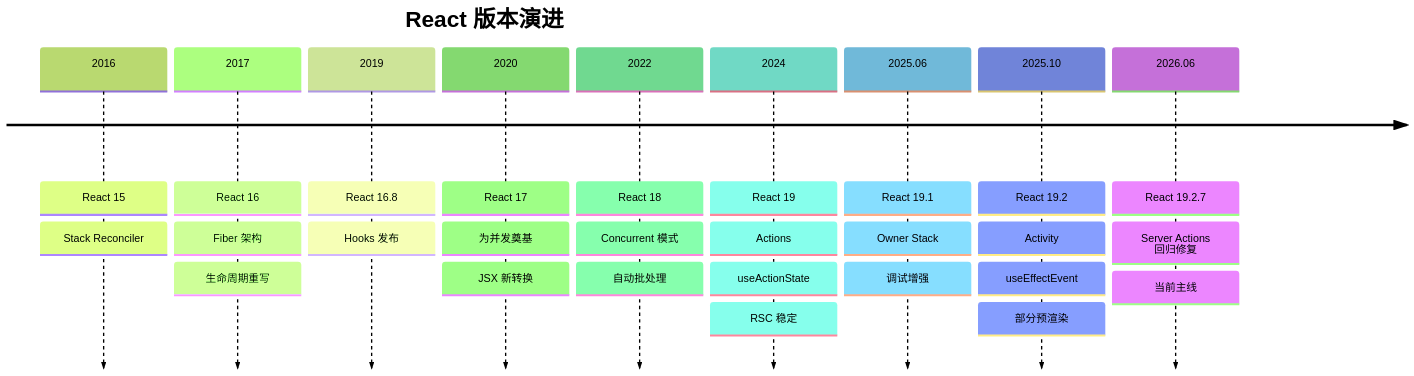
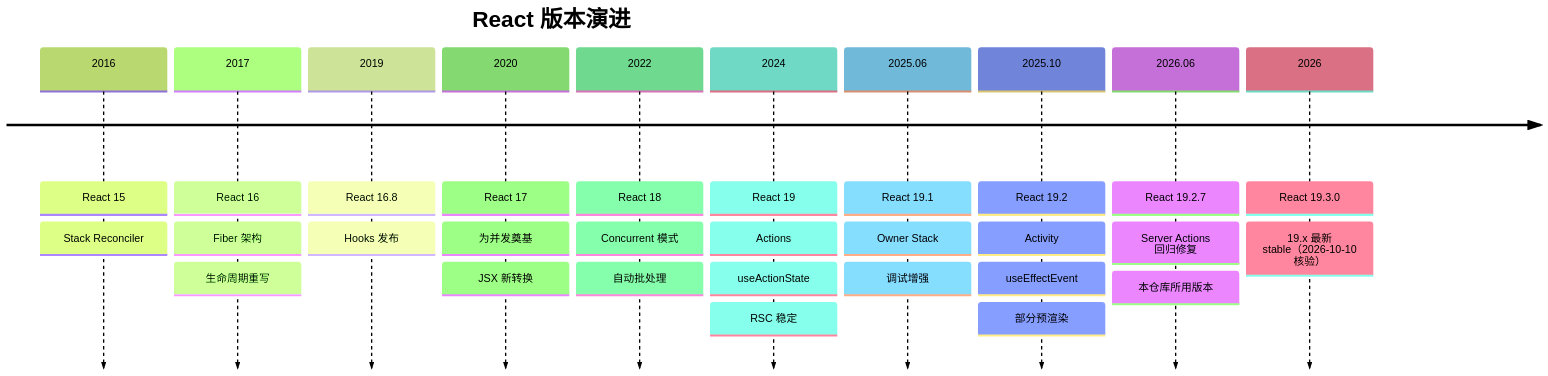
One commit to KMaybe01/interview-demo changed diagram 31 of 31 in docs/S2-框架深入/06-React深入浅出解析.md. Above: the diagram before and after it, drawn with Mermaid (forest theme). The commit also changed other lines of this file and 9 other files, not shown here.

````diff
--- a/docs/S2-框架深入/06-React深入浅出解析.md
+++ b/docs/S2-框架深入/06-React深入浅出解析.md
@@ -2254,13 +2362,14 @@
 ```mermaid
 timeline
     title React 版本演进
     2016 : React 15 : Stack Reconciler
     2017 : React 16 : Fiber 架构 : 生命周期重写
     2019 : React 16.8 : Hooks 发布
     2020 : React 17 : 为并发奠基 : JSX 新转换
     2022 : React 18 : Concurrent 模式 : 自动批处理
     2024 : React 19 : Actions : useActionState : RSC 稳定
     2025.06 : React 19.1 : Owner Stack : 调试增强
     2025.10 : React 19.2 : Activity : useEffectEvent : 部分预渲染
-    2026.06 : React 19.2.7 : Server Actions 回归修复 : 当前主线
+    2026.06 : React 19.2.7 : Server Actions 回归修复 : 本仓库所用版本
+    2026    : React 19.3.0 : 19.x 最新 stable（2026-10-10 核验）
 ```
````
